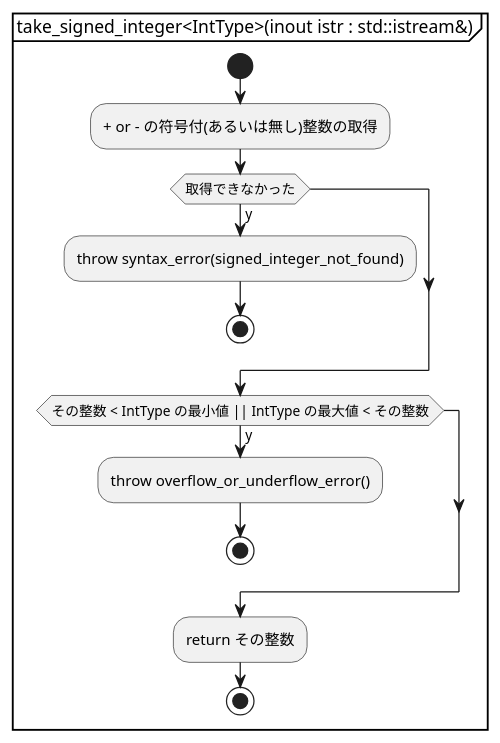
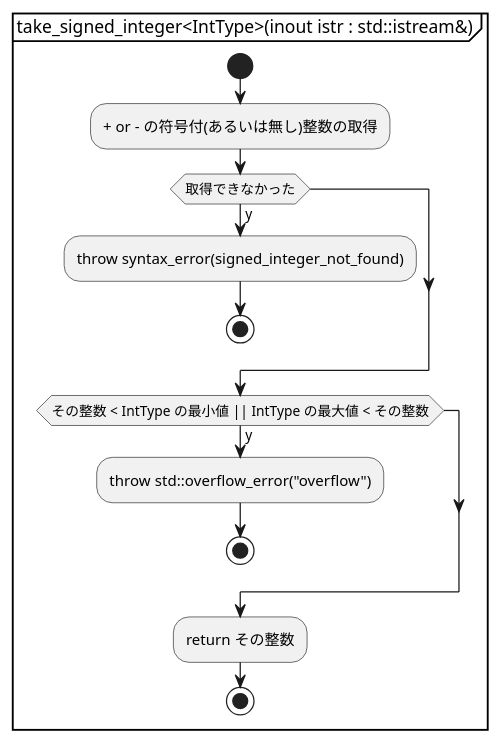
The tenth of 11 diagrams in document/parser.activity.pu (KodaiYM/PDFReader), drawn with PlantUML before and after one commit. The commit also changed other lines of this file and 5 other files, not shown here.

Commit message:
s/overflow_or_underflow_error/std::overflow_error/

```diff
--- a/document/parser.activity.pu
+++ b/document/parser.activity.pu
@@ -220,16 +220,16 @@
 @startuml take_signed_integer
 partition "take_signed_integer<IntType>(inout istr : std::istream&)" {
 start
 	:+ or - の符号付(あるいは無し)整数の取得;
 	if (取得できなかった) then (y)
 		:throw syntax_error(signed_integer_not_found);
 		stop
 	endif
 	if (その整数 < IntType の最小値 || IntType の最大値 < その整数) then (y)
-		:throw overflow_or_underflow_error();
+		:throw std::overflow_error("overflow");
 		stop
 	endif
 	:return その整数;
 stop
 }
 @enduml
```
